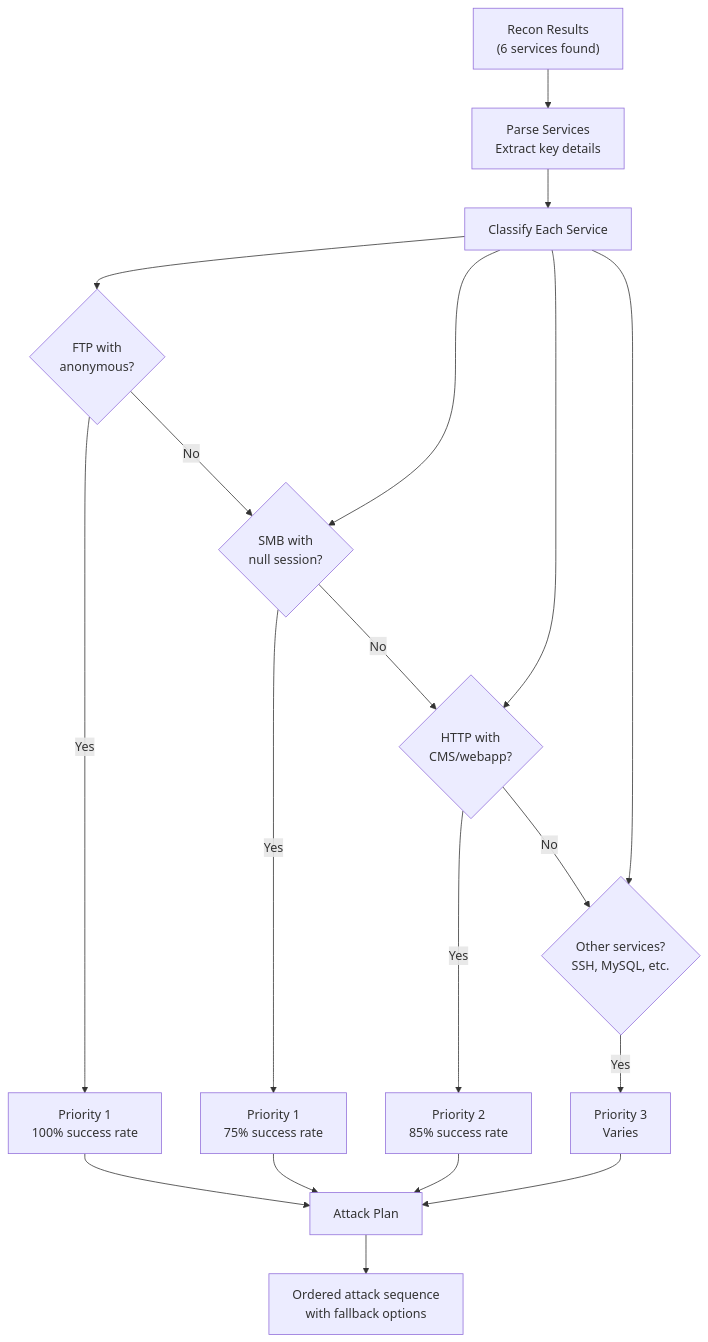
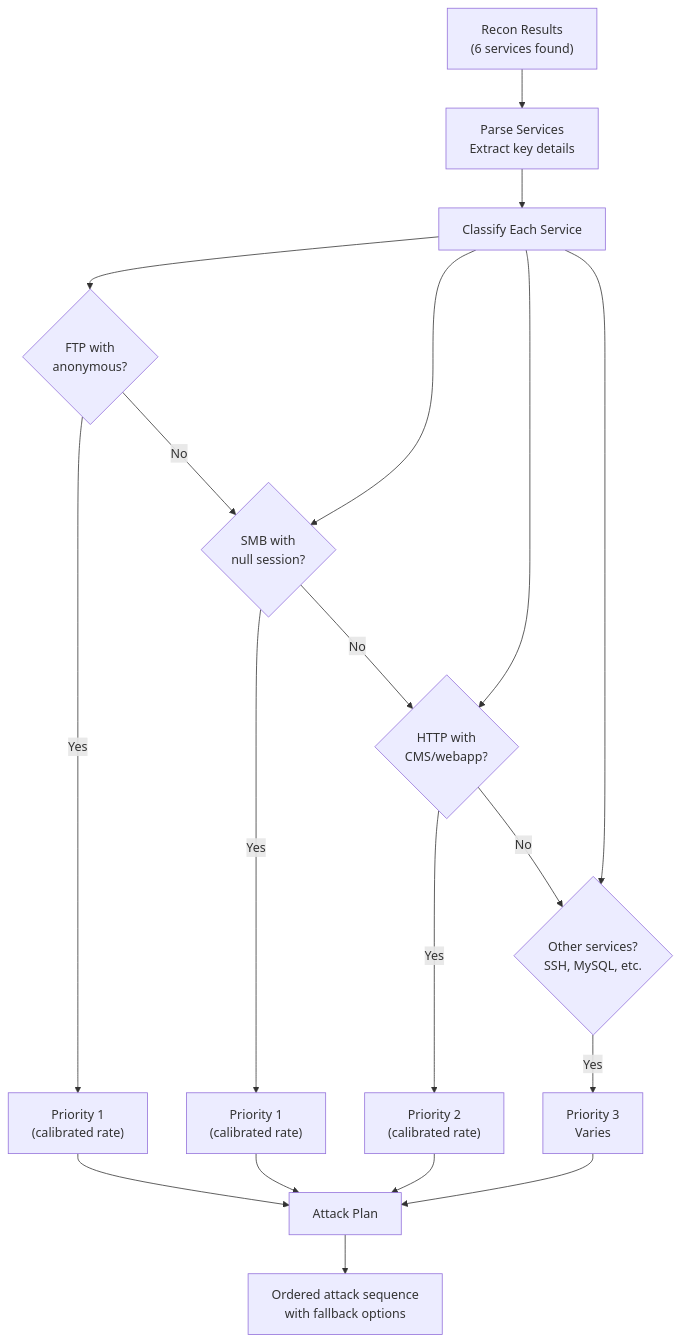
The third of 14 diagrams in docs/workflow.md (goldenapplestudios/Clicky), drawn with Mermaid before and after one commit. The commit also changed other lines of this file and 61 other files, not shown here.

````diff
--- a/docs/workflow.md
+++ b/docs/workflow.md
@@ -257,28 +257,28 @@
 ```mermaid
 flowchart TD
     INPUT["Recon Results<br/>(6 services found)"] --> PARSE["Parse Services<br/>Extract key details"]
 
     PARSE --> CLASSIFY["Classify Each Service"]
 
     CLASSIFY --> FTP_CHECK{"FTP with<br/>anonymous?"}
-    FTP_CHECK -->|Yes| FTP_P1["Priority 1<br/>100% success rate"]
+    FTP_CHECK -->|Yes| FTP_P1["Priority 1<br/>(calibrated rate)"]
     FTP_CHECK -->|No| SMB_CHECK
 
     CLASSIFY --> SMB_CHECK{"SMB with<br/>null session?"}
-    SMB_CHECK -->|Yes| SMB_P1["Priority 1<br/>75% success rate"]
+    SMB_CHECK -->|Yes| SMB_P1["Priority 1<br/>(calibrated rate)"]
     SMB_CHECK -->|No| HTTP_CHECK
 
     CLASSIFY --> HTTP_CHECK{"HTTP with<br/>CMS/webapp?"}
-    HTTP_CHECK -->|Yes| HTTP_P2["Priority 2<br/>85% success rate"]
+    HTTP_CHECK -->|Yes| HTTP_P2["Priority 2<br/>(calibrated rate)"]
     HTTP_CHECK -->|No| OTHER_CHECK
 
     CLASSIFY --> OTHER_CHECK{"Other services?<br/>SSH, MySQL, etc."}
     OTHER_CHECK -->|Yes| OTHER_P3["Priority 3<br/>Varies"]
 
     FTP_P1 --> PLAN["Attack Plan"]
     SMB_P1 --> PLAN
     HTTP_P2 --> PLAN
     OTHER_P3 --> PLAN
 
     PLAN --> OUTPUT["Ordered attack sequence<br/>with fallback options"]
 ```
````
